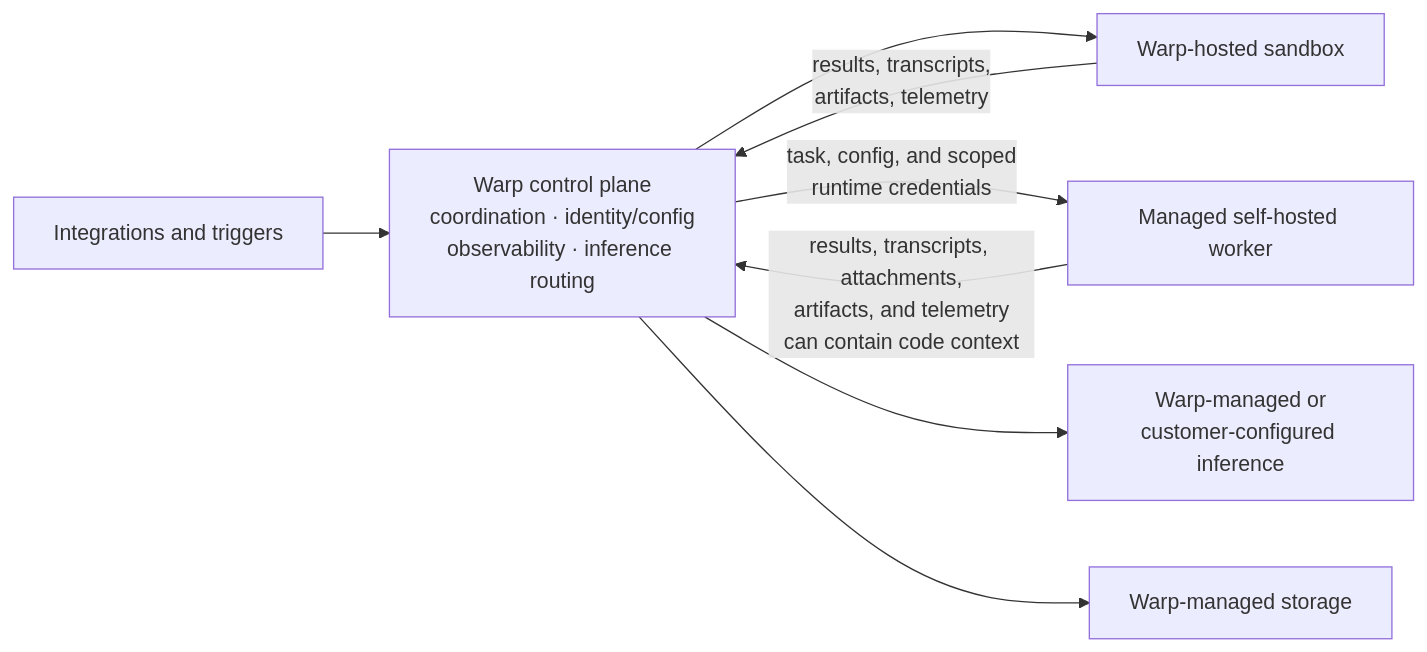
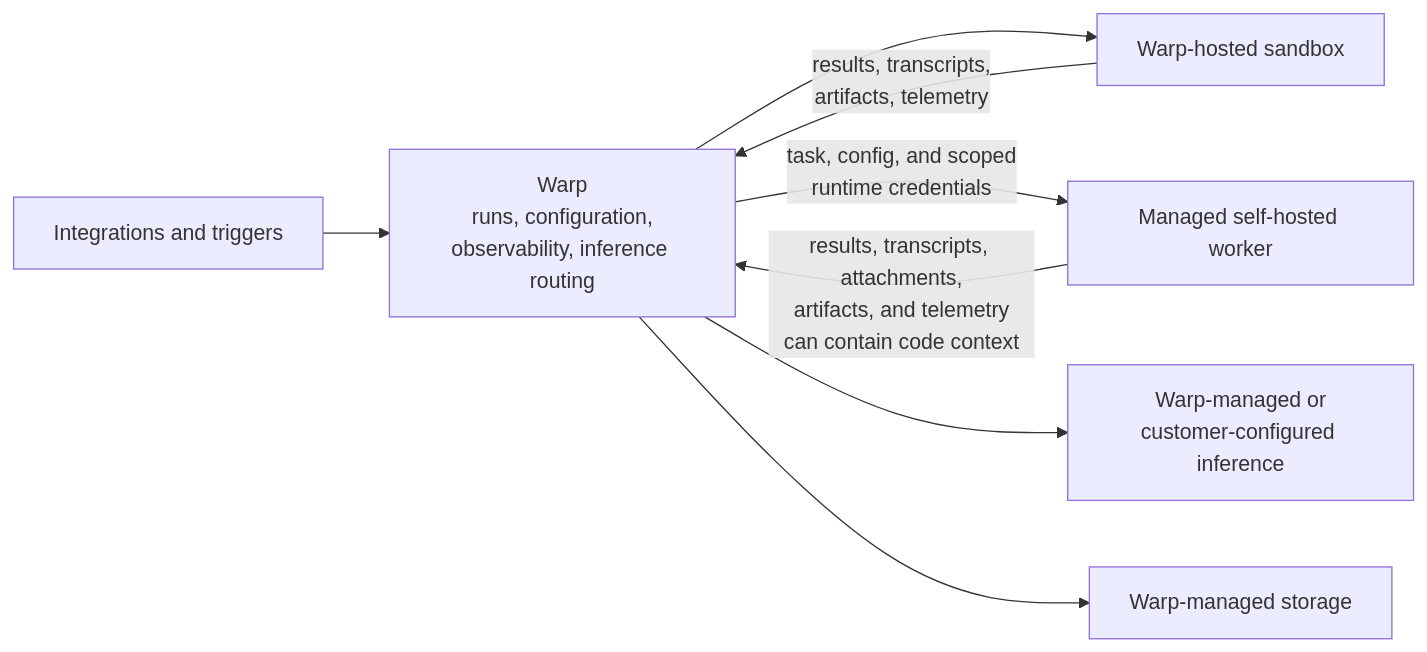
Before and after one commit to warpdotdev/docs: the diagram in src/content/docs/factories/infrastructure-and-security.mdx, drawn with Mermaid. The commit also changed other lines of this file and 42 other files, not shown here.

````diff
--- a/src/content/docs/factories/infrastructure-and-security.mdx
+++ b/src/content/docs/factories/infrastructure-and-security.mdx
@@ -19,10 +19,10 @@
 ```mermaid
 flowchart LR
-  I["Integrations and triggers"] --> C["Warp control plane<br/>coordination · identity/config<br/>observability · inference routing"]
+  I["Integrations and triggers"] --> C["Warp<br/>runs, configuration,<br/>observability, inference routing"]
   C --> H["Warp-hosted sandbox"]
   C -->|"task, config, and scoped<br/>runtime credentials"| S["Managed self-hosted worker"]
   H -->|"results, transcripts,<br/>artifacts, telemetry"| C
   S -->|"results, transcripts, attachments,<br/>artifacts, and telemetry<br/>can contain code context"| C
   C --> P["Warp-managed or<br/>customer-configured inference"]
   C --> D["Warp-managed storage"]
 ```
````
